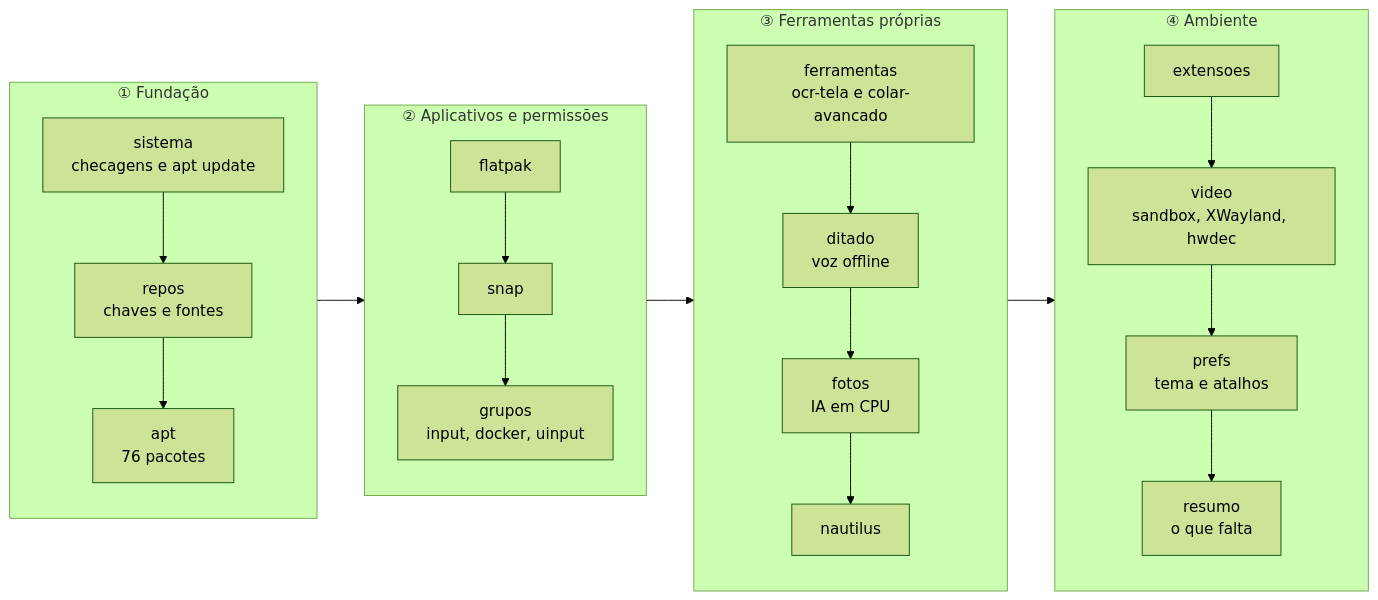
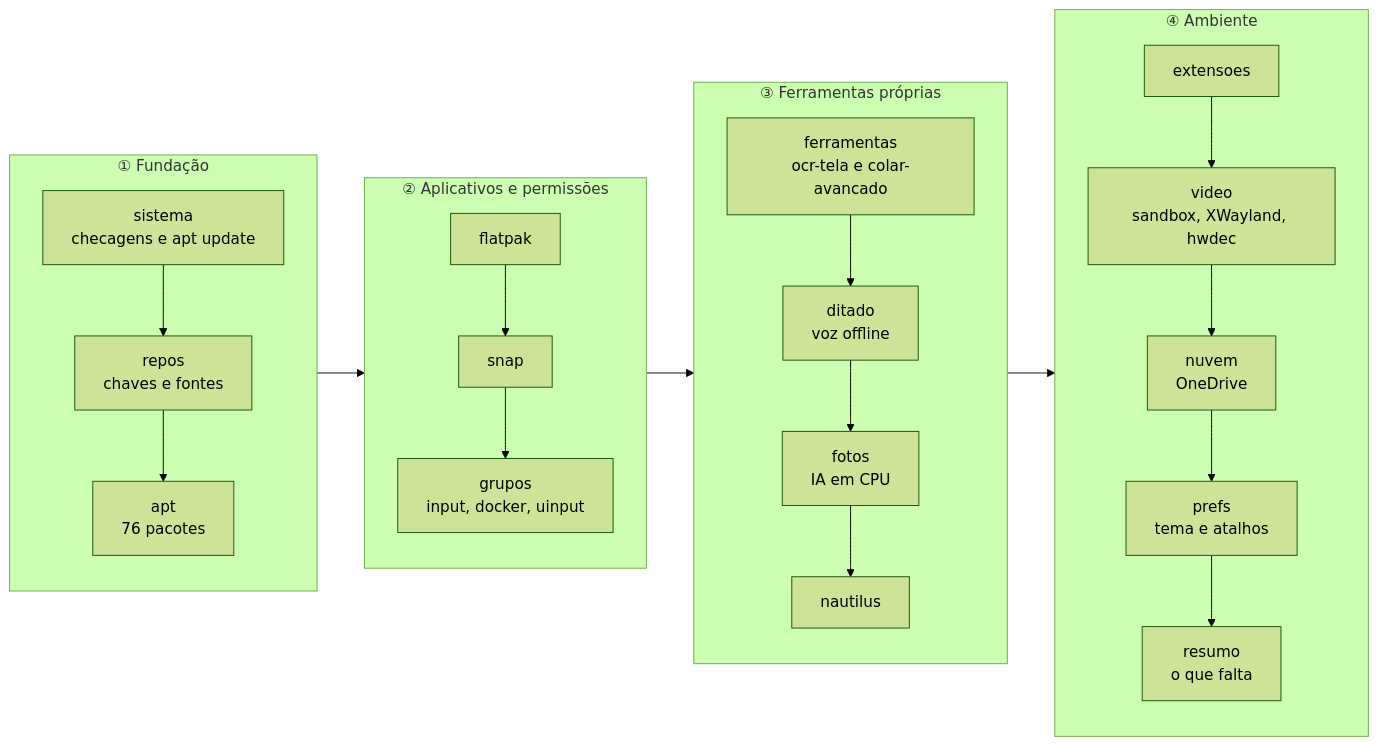
The diagram in README.md (augustotecnos/nova-maquina), drawn with Mermaid (forest theme) before and after one commit. The commit also changed other lines of this file and 4 other files, not shown here.

First line of the commit message:
Etapa nuvem: OneDrive sincronizado e a montagem do GNOME à mão

````diff
--- a/README.md
+++ b/README.md
@@ -50,20 +50,20 @@
 ```mermaid
 flowchart LR
     subgraph F["① Fundação"]
         direction TB
         A["sistema<br/>checagens e apt update"] --> B["repos<br/>chaves e fontes"] --> C["apt<br/>76 pacotes"]
     end
     subgraph P["② Aplicativos e permissões"]
         direction TB
         D["flatpak"] --> E["snap"] --> G["grupos<br/>input, docker, uinput"]
     end
     subgraph T["③ Ferramentas próprias"]
         direction TB
         H["ferramentas<br/>ocr-tela e colar-avancado"] --> I["ditado<br/>voz offline"] --> J["fotos<br/>IA em CPU"] --> K["nautilus"]
     end
     subgraph M["④ Ambiente"]
         direction TB
-        L["extensoes"] --> V["video<br/>sandbox, XWayland, hwdec"] --> N["prefs<br/>tema e atalhos"] --> O["resumo<br/>o que falta"]
+        L["extensoes"] --> V["video<br/>sandbox, XWayland, hwdec"] --> U["nuvem<br/>OneDrive"] --> N["prefs<br/>tema e atalhos"] --> O["resumo<br/>o que falta"]
     end
     F --> P --> T --> M
 ```
````
